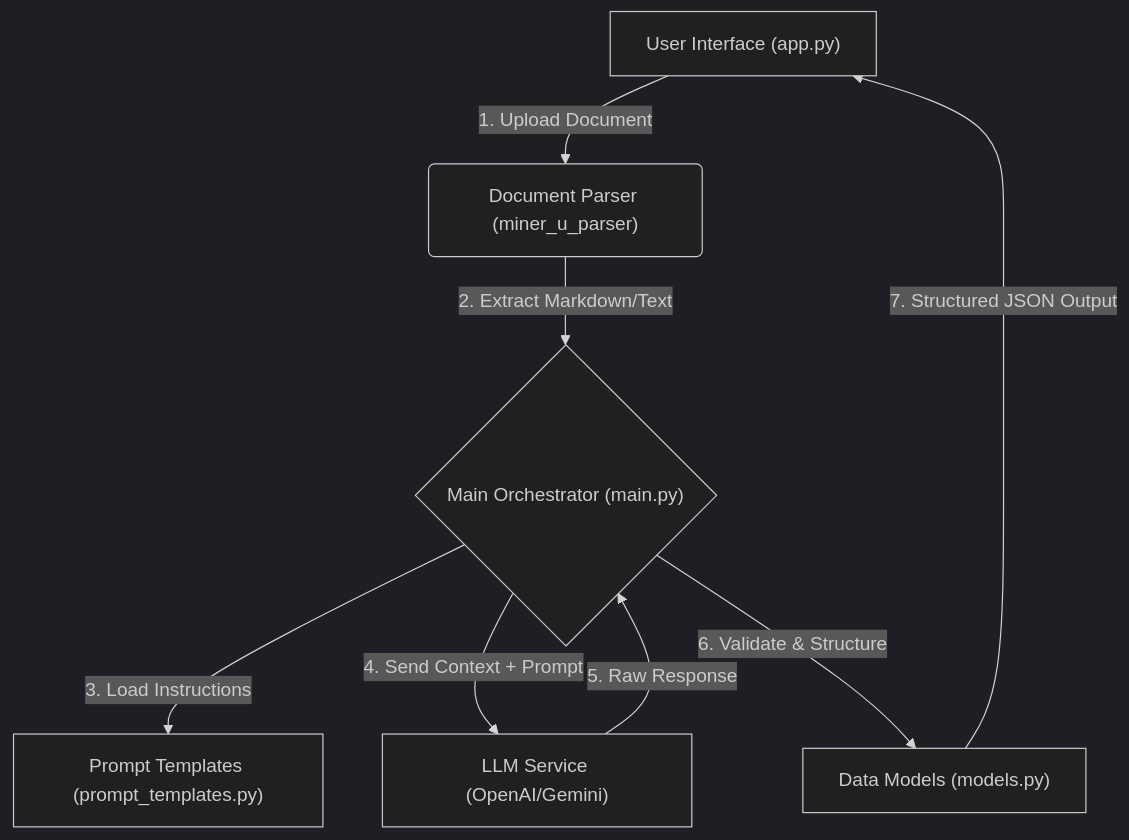
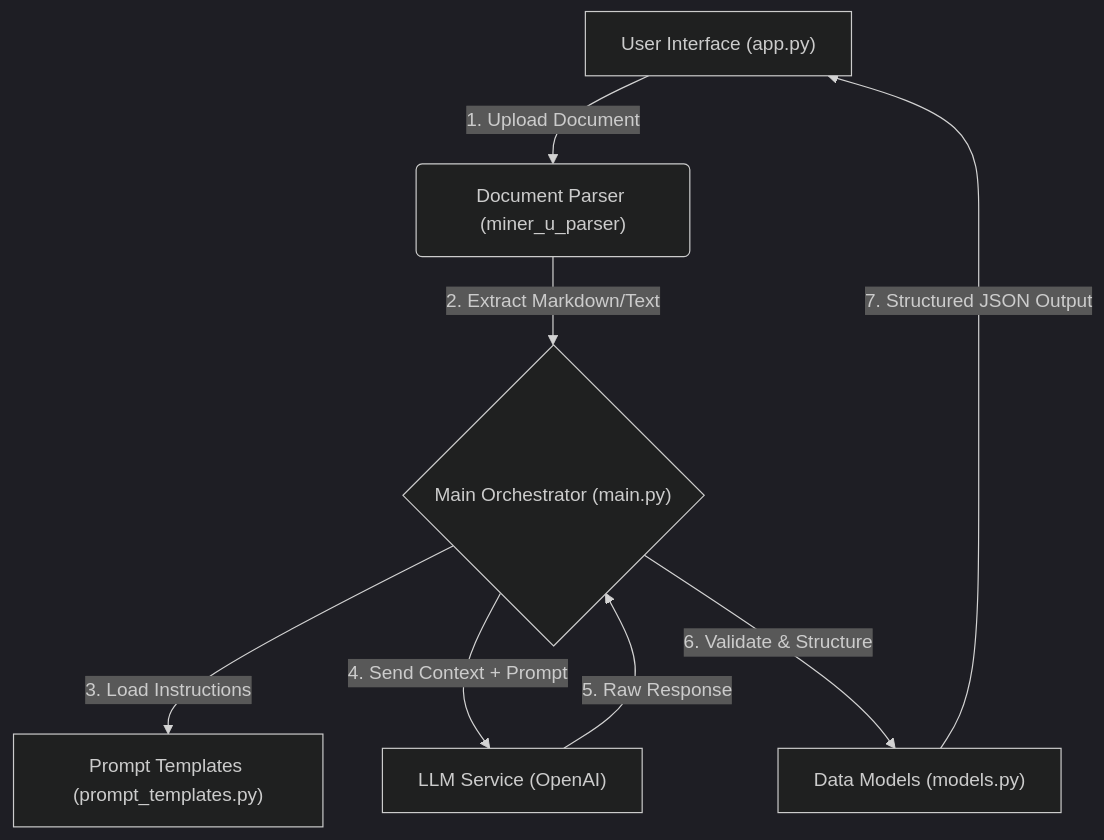
One commit to BEASTBOYJAY/Internship_Assignment changed the diagram in README.md. Above: the diagram before and after it, drawn with Mermaid (dark theme).

````diff
--- a/README.md
+++ b/README.md
@@ -21,10 +21,10 @@
 ```mermaid
 graph TD
     A["User Interface (app.py)"] -->|1. Upload Document| B("Document Parser (miner_u_parser)")
     B -->|2. Extract Markdown/Text| C{"Main Orchestrator (main.py)"}
     C -->|3. Load Instructions| D["Prompt Templates (prompt_templates.py)"]
-    C -->|4. Send Context + Prompt| E["LLM Service (OpenAI/Gemini)"]
+    C -->|4. Send Context + Prompt| E["LLM Service (OpenAI)"]
     E -->|5. Raw Response| C
     C -->|6. Validate & Structure| F["Data Models (models.py)"]
     F -->|7. Structured JSON Output| A
 ```
````
